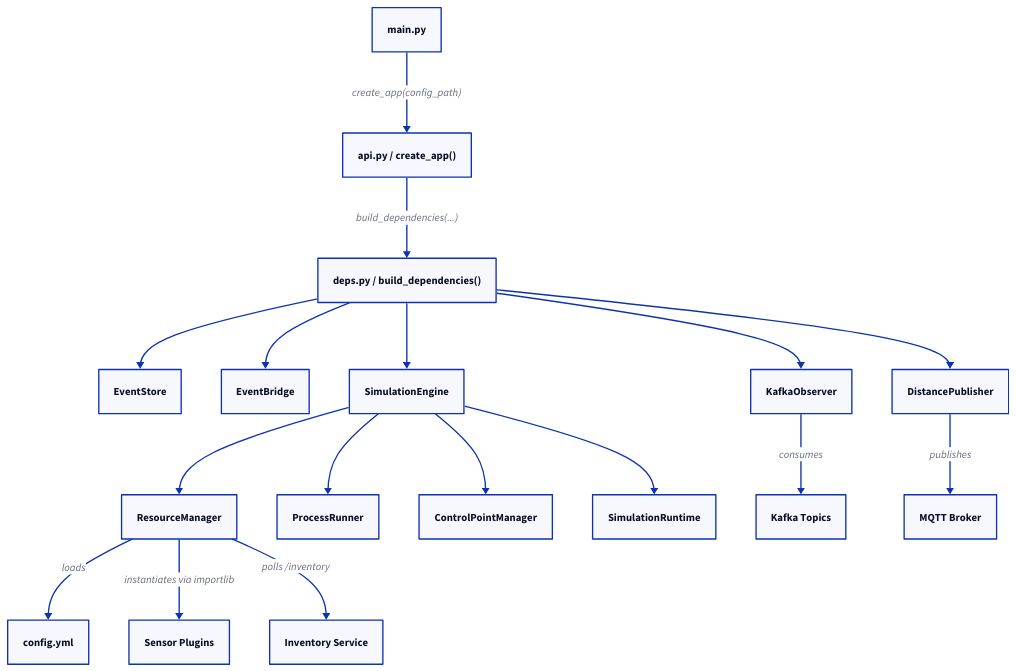
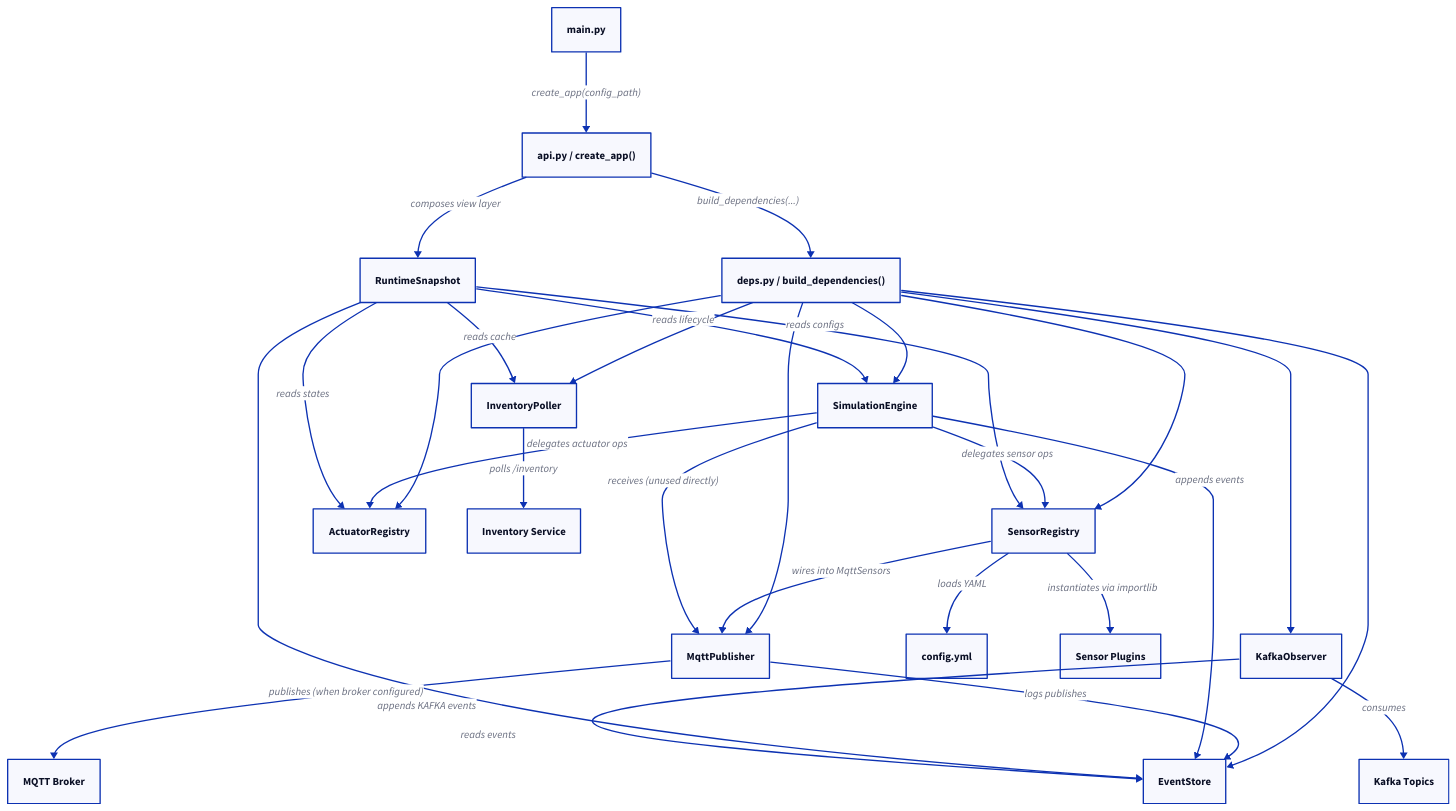
The diagram in services/simulated-factory/simulated_factory/diagrams/07-dependency-wiring.d2 (ielpo/edpo-project-group1), drawn with D2 before and after one commit. The commit also changed 19 other files, not shown here.

```diff
--- a/services/simulated-factory/simulated_factory/diagrams/07-dependency-wiring.d2
+++ b/services/simulated-factory/simulated_factory/diagrams/07-dependency-wiring.d2
@@ -1,49 +1,59 @@
 # Dependency wiring as performed by build_dependencies() in deps.py.
-# Reflects what is actually instantiated at startup — not every class in the tree.
+# Reflects what is actually instantiated at startup.
 # Render: d2 07-dependency-wiring.d2 dependency-wiring.svg
 
 direction: down
 
 main:    "main.py"
 api:     "api.py / create_app()"
 deps:    "deps.py / build_dependencies()"
 
-event_store:        "EventStore"
-event_bridge:       "EventBridge"
-distance_publisher: "DistancePublisher"
-engine:             "SimulationEngine"
-kafka_observer:     "KafkaObserver"
-
-resource_mgr:   "ResourceManager"
-process_runner: "ProcessRunner"
-control_mgr:    "ControlPointManager"
-runtime:        "SimulationRuntime"
+event_store:      "EventStore"
+mqtt_publisher:   "MqttPublisher"
+sensor_registry:  "SensorRegistry"
+actuator_registry:"ActuatorRegistry"
+inventory_poller: "InventoryPoller"
+engine:           "SimulationEngine"
+kafka_observer:   "KafkaObserver"
+snapshot:         "RuntimeSnapshot"
 
 config:    "config.yml"
 sensors:   "Sensor Plugins"
 kafka:     "Kafka Topics"
 mqtt:      "MQTT Broker"
 inventory: "Inventory Service"
 
 main -> api: "create_app(config_path)"
 api  -> deps: "build_dependencies(...)"
 
 deps -> event_store
-deps -> event_bridge
-deps -> distance_publisher
+deps -> mqtt_publisher
+deps -> sensor_registry
+deps -> actuator_registry
+deps -> inventory_poller
 deps -> engine
 deps -> kafka_observer
 
-engine -> resource_mgr
-engine -> process_runner
-engine -> control_mgr
-engine -> runtime
+# api.py additionally constructs RuntimeSnapshot
+api -> snapshot: "composes view layer"
 
-resource_mgr   -> config: "loads"
-resource_mgr   -> sensors: "instantiates via importlib"
-resource_mgr   -> inventory: "polls /inventory"
-kafka_observer -> kafka: "consumes"
-distance_publisher -> mqtt: "publishes"
+# Internal wiring
+mqtt_publisher   -> event_store: "logs publishes"
+sensor_registry  -> config: "loads YAML"
+sensor_registry  -> sensors: "instantiates via importlib"
+sensor_registry  -> mqtt_publisher: "wires into MqttSensors"
+engine           -> sensor_registry: "delegates sensor ops"
+engine           -> actuator_registry: "delegates actuator ops"
+engine           -> event_store: "appends events"
+engine           -> mqtt_publisher: "receives (unused directly)"
+snapshot         -> engine: "reads lifecycle"
+snapshot         -> sensor_registry: "reads configs"
+snapshot         -> actuator_registry: "reads states"
+snapshot         -> inventory_poller: "reads cache"
+snapshot         -> event_store: "reads events"
 
-# Note: adapters/mqtt_publisher.py exists but is NOT created here.
-# Note: sensors/sensor_loader.py exists but ResourceManager bypasses it.
+# External connections
+kafka_observer   -> kafka: "consumes"
+kafka_observer   -> event_store: "appends KAFKA events"
+inventory_poller -> inventory: "polls /inventory"
+mqtt_publisher   -> mqtt: "publishes (when broker configured)"
```
